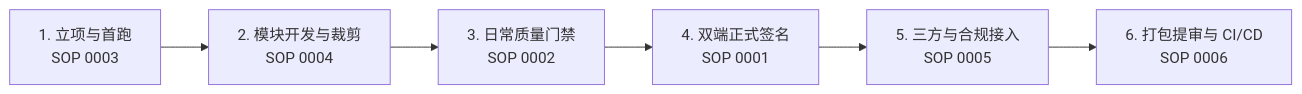
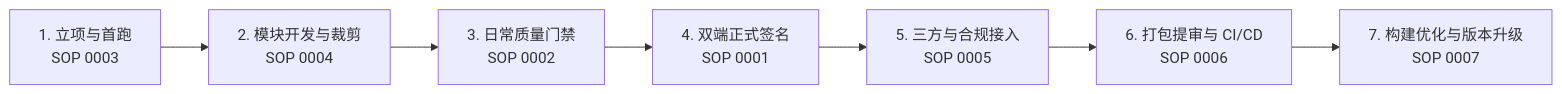
The diagram in docs/sop/README.md (e-hai/Architecture), drawn with Mermaid before and after one commit. The commit also changed other lines of this file and 7 other files, not shown here.

````diff
--- a/docs/sop/README.md
+++ b/docs/sop/README.md
@@ -23,8 +24,9 @@
 ```mermaid
 flowchart LR
     S3["1. 立项与首跑\nSOP 0003"] --> S4["2. 模块开发与裁剪\nSOP 0004"]
     S4 --> S2["3. 日常质量门禁\nSOP 0002"]
     S2 --> S1["4. 双端正式签名\nSOP 0001"]
     S1 --> S5["5. 三方与合规接入\nSOP 0005"]
     S5 --> S6["6. 打包提审与 CI/CD\nSOP 0006"]
+    S6 --> S7["7. 构建优化与版本升级\nSOP 0007"]
 ```
````
